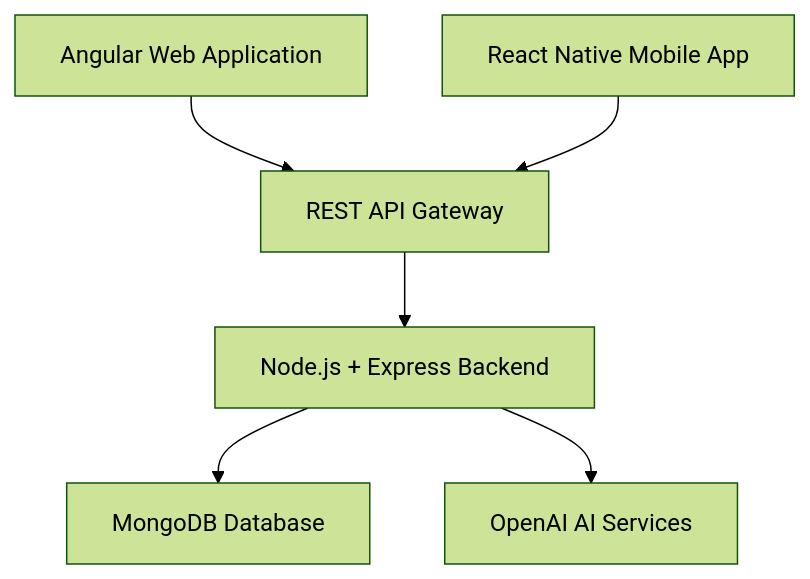
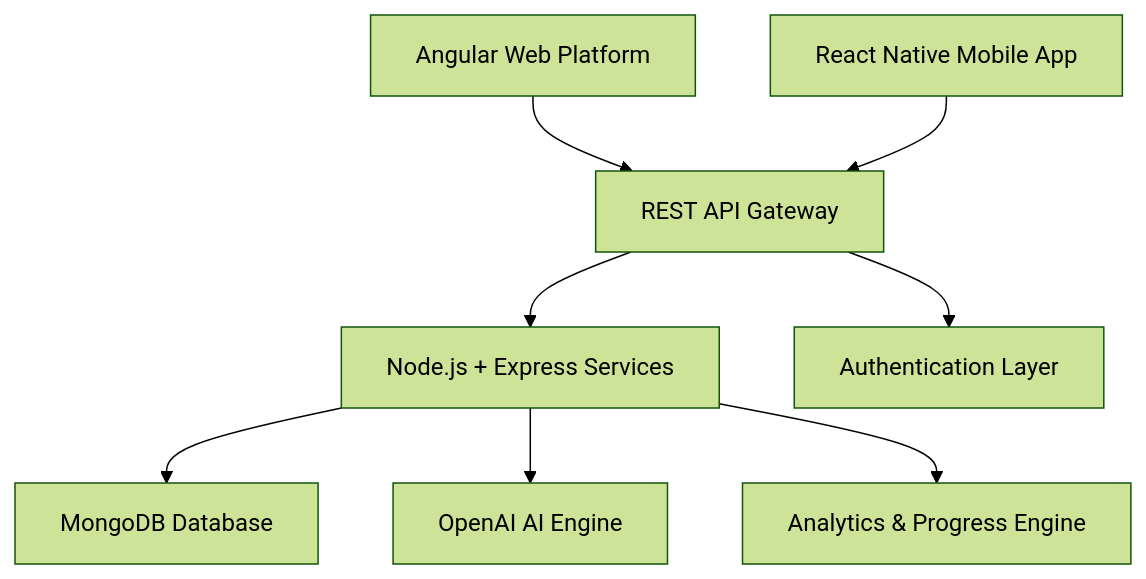
The diagram in README.md (shivamitcs/enterprise-ai-wellness-platform), drawn with Mermaid (forest theme) before and after one commit. The commit also changed other lines of this file, not shown here.

````diff
--- a/README.md
+++ b/README.md
@@ -84,16 +117,22 @@
 ```mermaid
 graph TD
 
-A[Angular Web Application]
+A[Angular Web Platform]
 B[React Native Mobile App]
 C[REST API Gateway]
-D[Node.js + Express Backend]
+D[Node.js + Express Services]
 E[MongoDB Database]
-F[OpenAI AI Services]
+F[OpenAI AI Engine]
+G[Authentication Layer]
+H[Analytics & Progress Engine]
 
 A --> C
 B --> C
+
+C --> G
 C --> D
+
 D --> E
 D --> F
+D --> H
 ```
````
